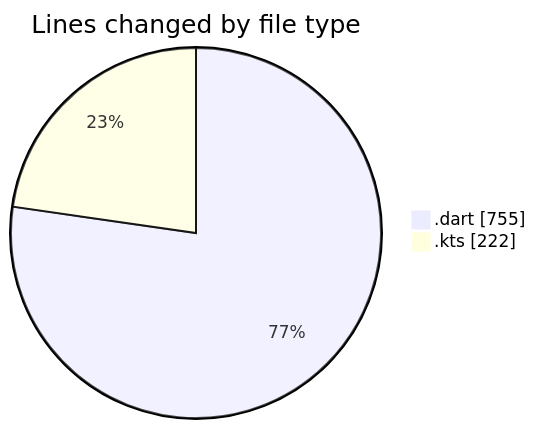
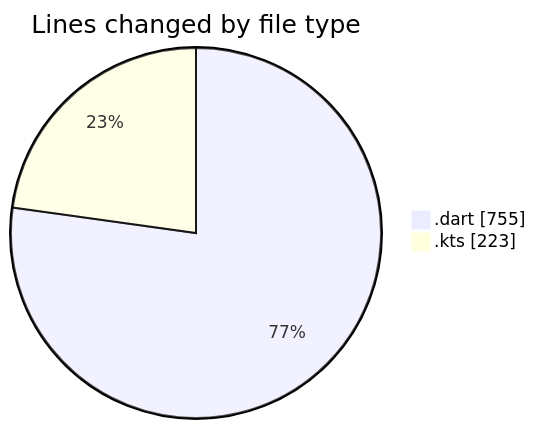
The first of 2 diagrams in 2025-02-24/drivers_app/README.md (donsfak/code-tracking), drawn with Mermaid before and after one commit. The commit also changed other lines of this file and 1 other file, not shown here.

````diff
--- a/2025-02-24/drivers_app/README.md
+++ b/2025-02-24/drivers_app/README.md
@@ -25,6 +25,6 @@
 ```mermaid
 pie showData
 title Lines changed by file type
 ".dart" : 755
-".kts" : 222
+".kts" : 223
 ```
````
